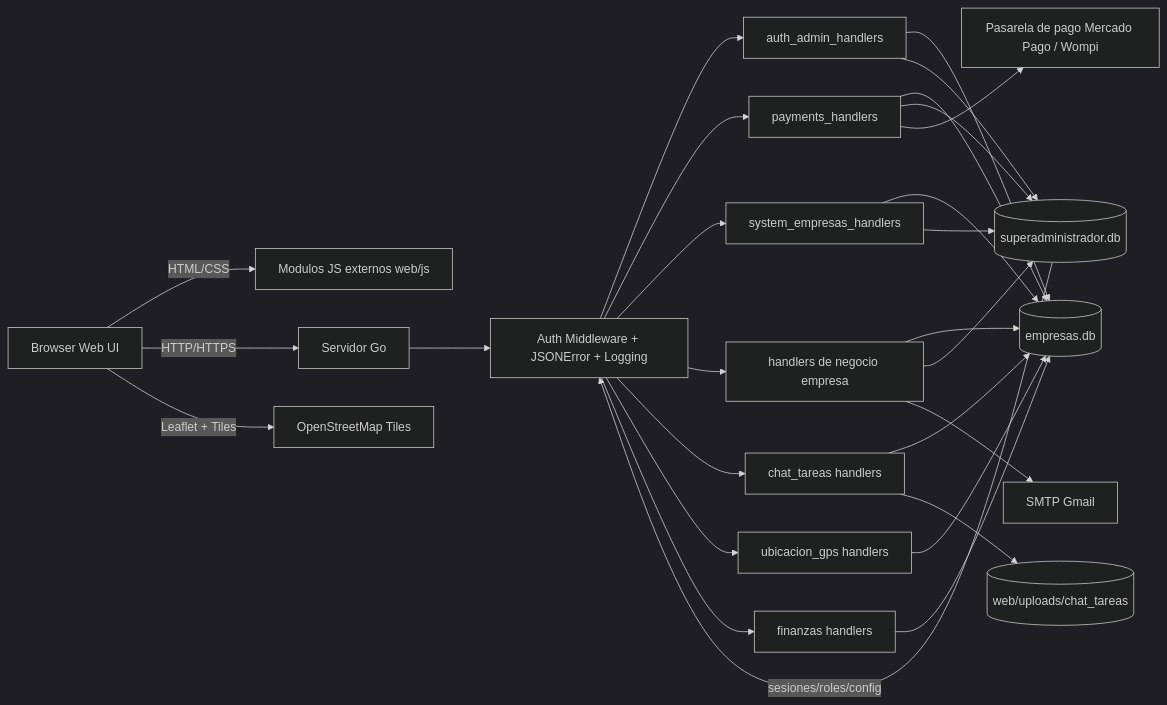
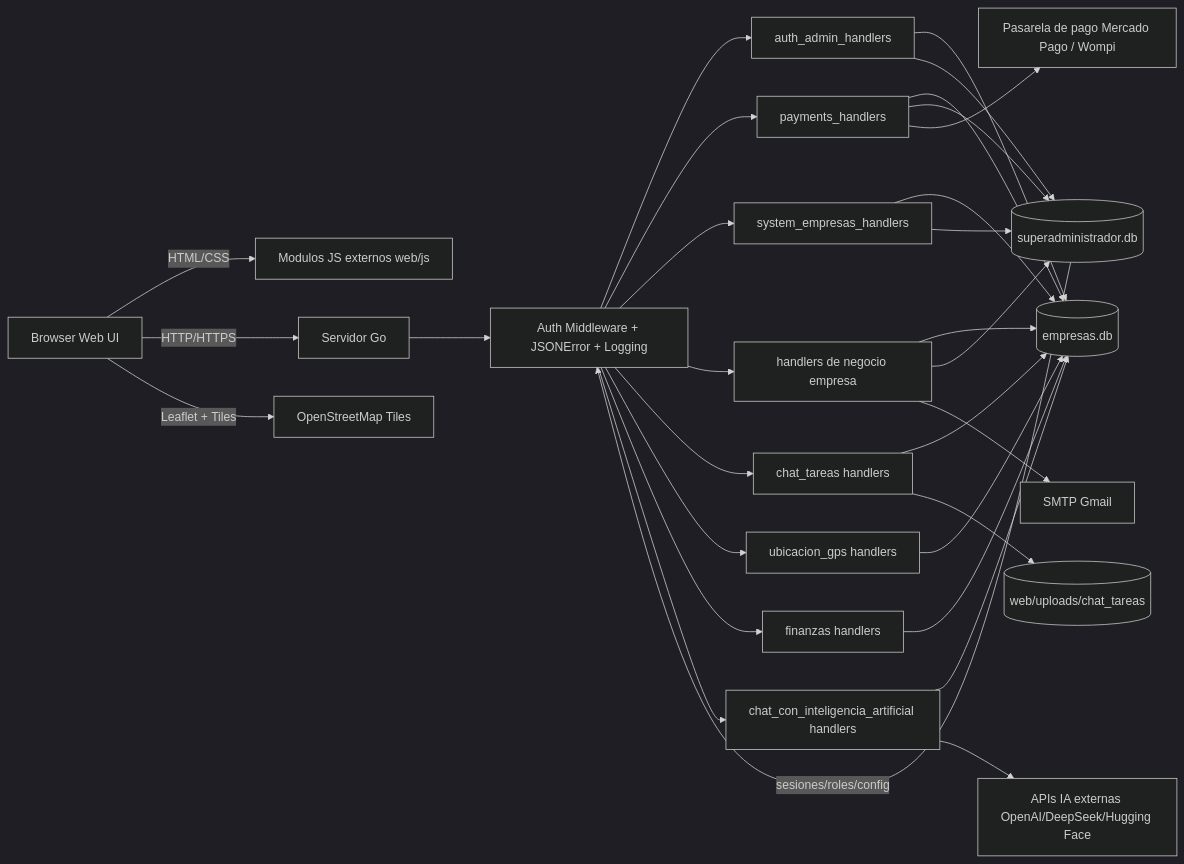
Before and after one commit to powerfulcontrolsystem1/powerfulcontrolsystem: the diagram in documentos/diagramas/diagrama_arquitectura_sistema.md, drawn with Mermaid (dark theme). The commit also changed other lines of this file and 31 other files, not shown here.

````diff
--- a/documentos/diagramas/diagrama_arquitectura_sistema.md
+++ b/documentos/diagramas/diagrama_arquitectura_sistema.md
@@ -5,50 +5,55 @@
 ```mermaid
 flowchart LR
     U[Browser Web UI]
     JS[Modulos JS externos web/js]
     S[Servidor Go]
     M[Auth Middleware + JSONError + Logging]
     H1[auth_admin_handlers]
     H2[payments_handlers]
     H3[system_empresas_handlers]
     H4[handlers de negocio empresa]
     H5[chat_tareas handlers]
     H6[ubicacion_gps handlers]
     H7[finanzas handlers]
+    H8[chat_con_inteligencia_artificial handlers]
     DB1[(empresas.db)]
     DB2[(superadministrador.db)]
     FS[(web/uploads/chat_tareas)]
     OSM[OpenStreetMap Tiles]
     SMTP[SMTP Gmail]
     MP[Pasarela de pago Mercado Pago / Wompi]
+    AI[APIs IA externas OpenAI/DeepSeek/Hugging Face]
 
     U -->|HTML/CSS| JS
     U -->|HTTP/HTTPS| S
     S --> M
     M --> H1
     M --> H2
     M --> H3
     M --> H4
     M --> H5
     M --> H6
     M --> H7
+    M --> H8
 
     U -->|Leaflet + Tiles| OSM
 
     H1 --> DB1
     H1 --> DB2
     H2 --> DB1
     H2 --> DB2
     H2 --> MP
     H3 --> DB1
     H3 --> DB2
     H4 --> DB1
     H4 --> DB2
     H4 --> SMTP
     H5 --> DB1
     H5 --> FS
     H6 --> DB1
     H7 --> DB1
+    H8 --> DB1
+    H8 --> AI
 
     DB2 -->|sesiones/roles/config| M
 ```
````
